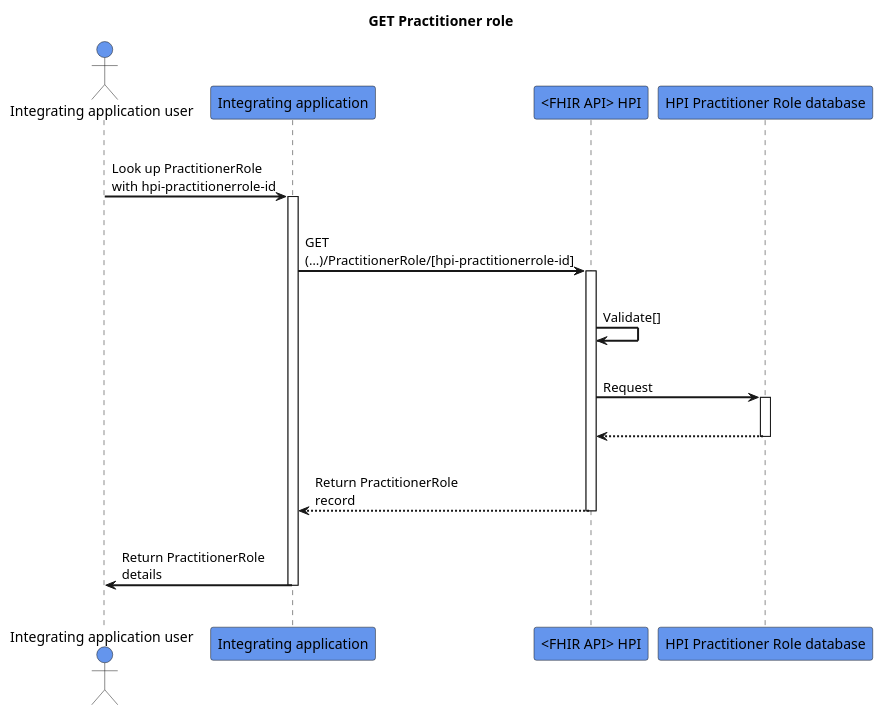
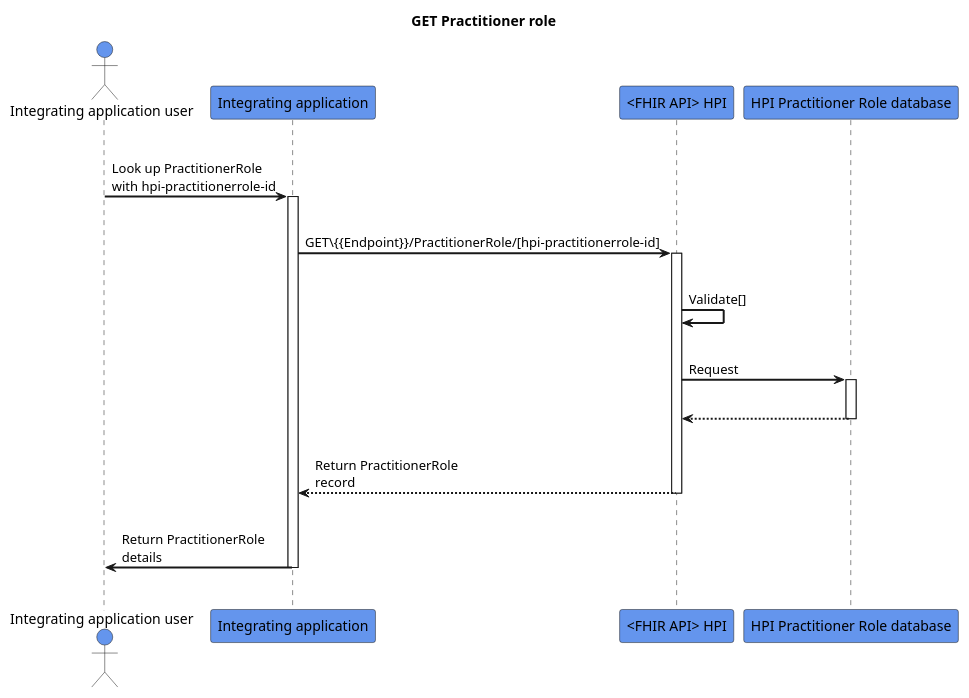
The diagram in input/images-source/get-practitionerrole.plantuml (HL7NZ/hpi), drawn with PlantUML before and after one commit.

```diff
--- a/input/images-source/get-practitionerrole.plantuml
+++ b/input/images-source/get-practitionerrole.plantuml
@@ -1,33 +1,32 @@
 @startuml
 skinparam sequenceArrowThickness 2
 skinparam roundcorner 5
 skinparam maxmessagesize 180
 skinparam sequenceParticipant bold
 title GET Practitioner role
 actor "Integrating application user" as User #CornflowerBlue
 participant "Integrating application" as A #CornflowerBlue
 participant "<FHIR API> HPI" as B #CornflowerBlue
 participant "HPI Practitioner Role database" as C #CornflowerBlue
 |||
 User -> A: Look up PractitionerRole with hpi-practitionerrole-id
 activate A
 |||
-A -> B: GET (…)/PractitionerRole/[hpi-practitionerrole-id]
+A -> B: GET\{{Endpoint}}/PractitionerRole/[hpi-practitionerrole-id]
 activate B
 |||
 B -> B: Validate[]
 |||
 B -> C: Request
 activate C
 |||
-
 C -[dashed]-> B:  
 deactivate C
 |||
 B -[dashed]-> A:Return PractitionerRole record
 deactivate B
 |||
 A -> User: Return PractitionerRole details
 deactivate A
 |||
 @endumlp
```
